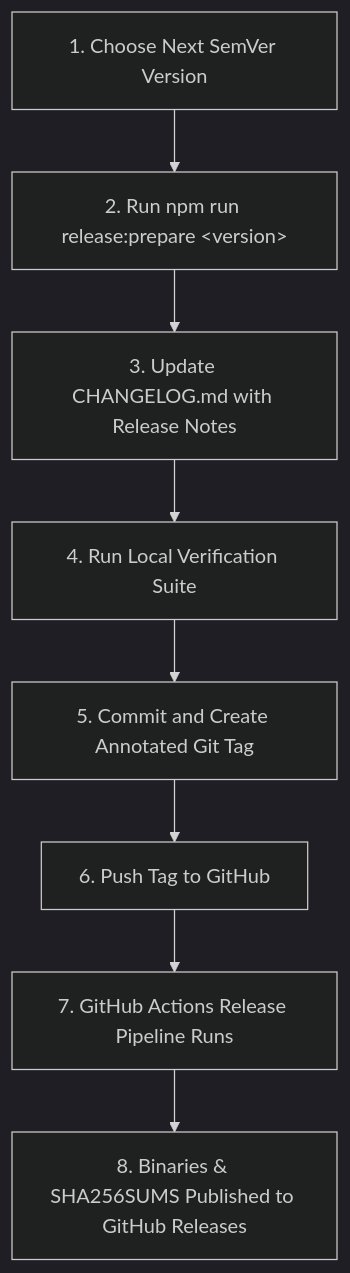
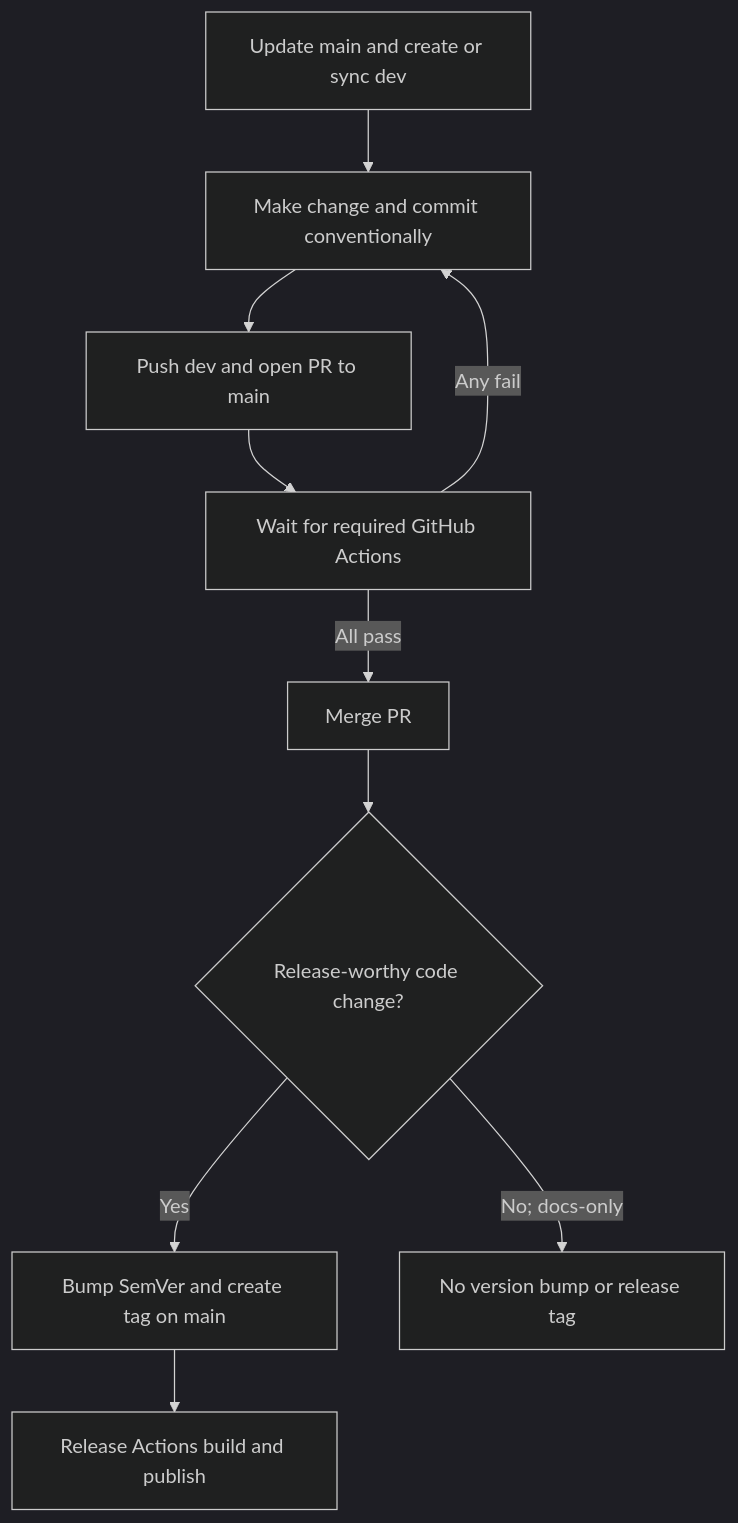
One commit to jirayaSenju/rt-library changed the first of 2 diagrams in docs/releasing.md. Above: the diagram before and after it, drawn with Mermaid (dark theme). The commit also changed other lines of this file and 7 other files, not shown here.

Commit message:
feat(release): skip releases for documentation-only changes

````diff
--- a/docs/releasing.md
+++ b/docs/releasing.md
@@ -27,10 +38,12 @@
 ```mermaid
 flowchart TD
-    A["1. Choose Next SemVer Version"] --> B["2. Run npm run release:prepare &lt;version&gt;"]
-    B --> C["3. Update CHANGELOG.md with Release Notes"]
-    C --> D["4. Run Local Verification Suite"]
-    D --> E["5. Commit and Create Annotated Git Tag"]
-    E --> F["6. Push Tag to GitHub"]
-    F --> G["7. GitHub Actions Release Pipeline Runs"]
-    G --> H["8. Binaries & SHA256SUMS Published to GitHub Releases"]
+    A["Update main and create or sync dev"] --> B["Make change and commit conventionally"]
+    B --> C["Push dev and open PR to main"]
+    C --> D["Wait for required GitHub Actions"]
+    D -->|"All pass"| E["Merge PR"]
+    D -->|"Any fail"| B
+    E --> F{"Release-worthy code change?"}
+    F -->|"Yes"| G["Bump SemVer and create tag on main"]
+    G --> H["Release Actions build and publish"]
+    F -->|"No; docs-only"| I["No version bump or release tag"]
 ```
````
